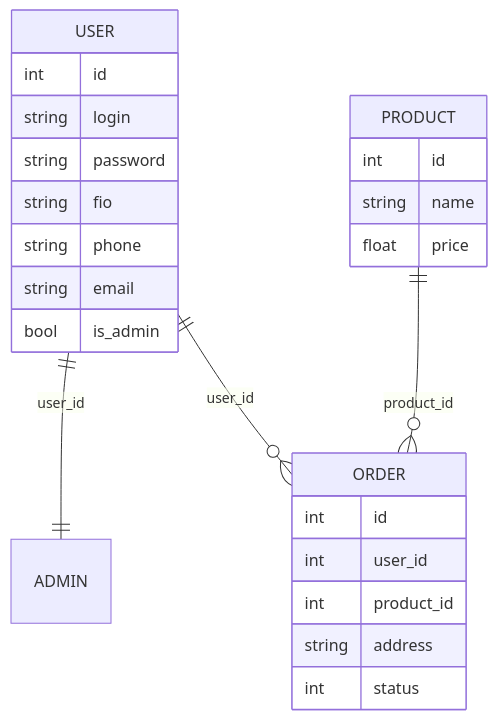
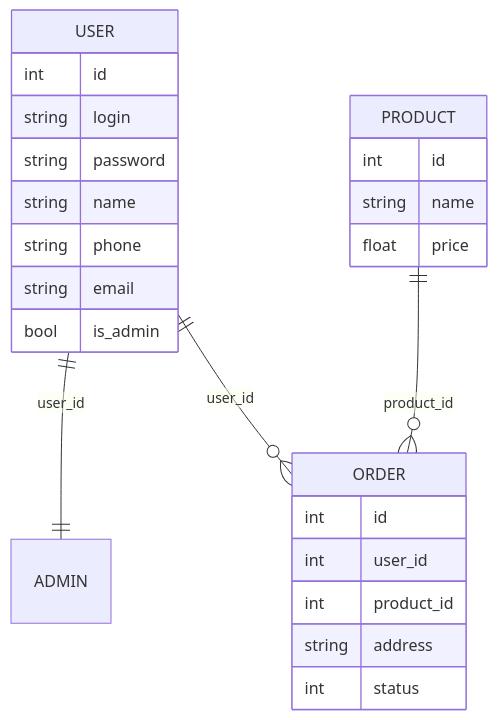
The diagram in README.md (Blezz-tech/kp11-conspects), drawn with Mermaid before and after one commit.

````diff
--- a/README.md
+++ b/README.md
@@ -7,35 +7,35 @@
 ```mermaid
 erDiagram
     USER {
         int id
         string login
         string password
-        string fio
+        string name
         string phone
         string email
         bool is_admin
     }
 
     %% ADMIN {
     %%     int user_id
     %% }
     
     PRODUCT {
         int id
         string name
         float price
     }
 
     ORDER {
         int id
         int user_id
         int product_id
         string address
         int status
     }
 
     USER ||--|| ADMIN : user_id
 
     USER ||--o{ ORDER : user_id
     PRODUCT ||--o{ ORDER : product_id
 ```
````
